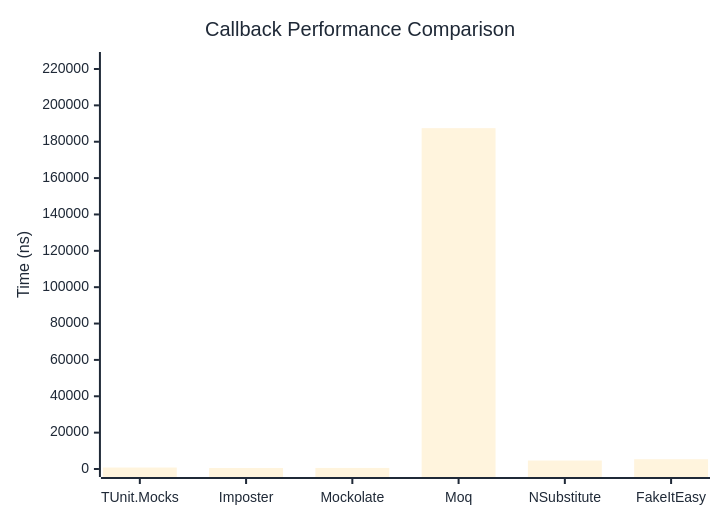
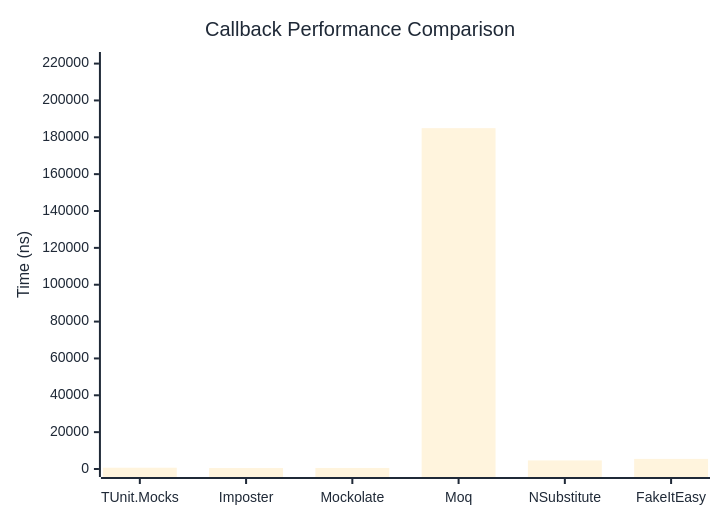
One commit to thomhurst/TUnit changed the first of 2 diagrams in docs/docs/benchmarks/mocks/Callback.md. Above: the diagram before and after it, drawn with Mermaid. The commit also changed other lines of this file and 14 other files, not shown here.

````diff
--- a/docs/docs/benchmarks/mocks/Callback.md
+++ b/docs/docs/benchmarks/mocks/Callback.md
@@ -28,27 +28,27 @@
 ```mermaid
 %%{init: {
   'theme':'base',
   'themeVariables': {
     'primaryColor': '#2563eb',
     'primaryTextColor': '#1f2937',
     'primaryBorderColor': '#1e40af',
     'lineColor': '#6b7280',
     'secondaryColor': '#7c3aed',
     'tertiaryColor': '#dc2626',
     'background': '#ffffff',
     'pie1': '#2563eb',
     'pie2': '#7c3aed',
     'pie3': '#dc2626',
     'pie4': '#f59e0b',
     'pie5': '#10b981',
     'pie6': '#06b6d4',
     'pie7': '#ec4899',
     'pie8': '#6366f1'
   }
 }}%%
 xychart-beta
   title "Callback Performance Comparison"
   x-axis ["TUnit.Mocks", "Imposter", "Mockolate", "Moq", "NSubstitute", "FakeItEasy"]
-  y-axis "Time (ns)" 0 --> 224951
-  bar [809.8, 538.4, 582.6, 187458.7, 4664.1, 5376.9]
+  y-axis "Time (ns)" 0 --> 221948
+  bar [694.7, 518.4, 570.1, 184956.2, 4652.2, 5477]
 ```
````
